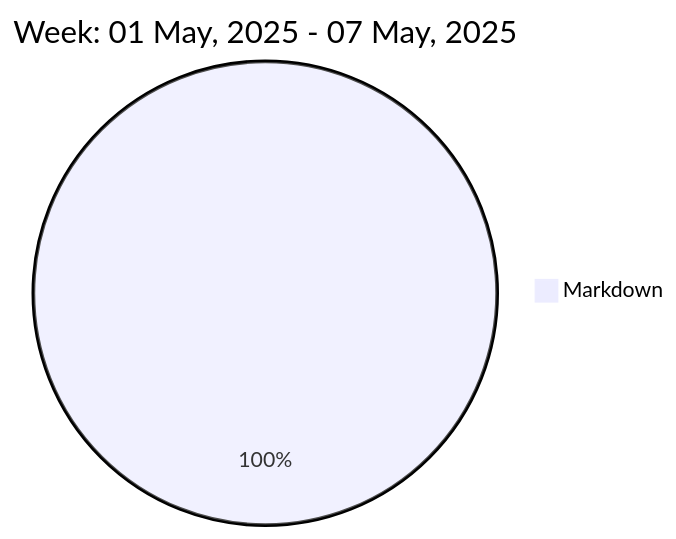
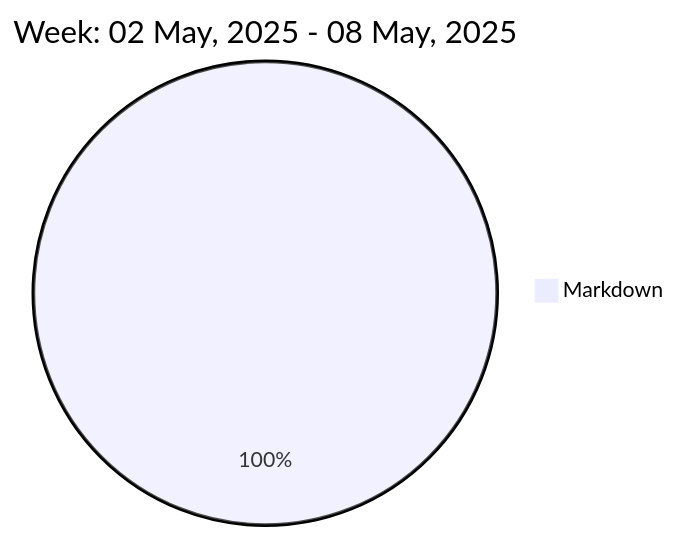
The diagram in README.md (liubin95/liubin95), drawn with Mermaid before and after one commit.

Commit message:
Updated the Graph with new Metrics

````diff
--- a/README.md
+++ b/README.md
@@ -37,5 +37,5 @@
 ```mermaid
  pie
-title Week: 01 May, 2025 - 07 May, 2025
- "Markdown" : 2.17
+title Week: 02 May, 2025 - 08 May, 2025
+ "Markdown" : 2.75
 ```
````
